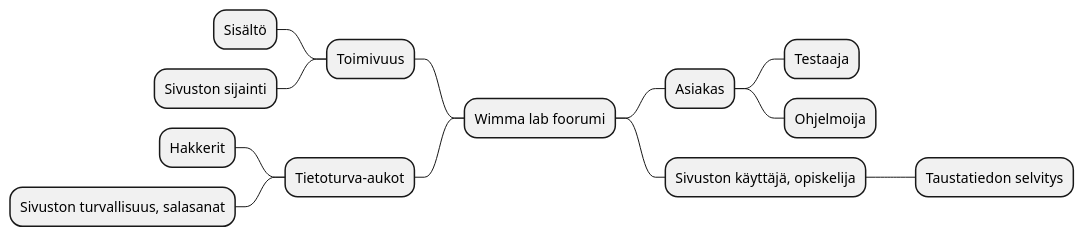
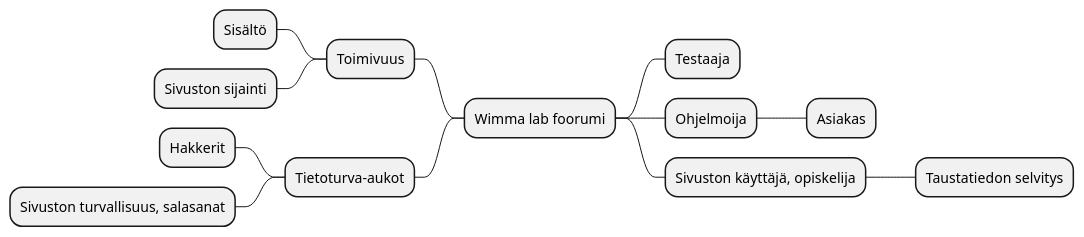
The first of 5 diagrams in dokumentit/20-Vaatimustenhallinta/vaatimusmaaritely-tiivis.md (Pipe80/Projekti-ja-k-yt-neteet-kurssi), drawn with PlantUML before and after one commit.

````diff
--- a/dokumentit/20-Vaatimustenhallinta/vaatimusmaaritely-tiivis.md
+++ b/dokumentit/20-Vaatimustenhallinta/vaatimusmaaritely-tiivis.md
@@ -23,16 +23,16 @@
 ```plantuml
 @startmindmap
 + Wimma lab foorumi
-++ Asiakas
-+++ Testaaja
-+++ Ohjelmoija
+++ Testaaja
+++ Ohjelmoija
++++ Asiakas
 ++ Sivuston käyttäjä, opiskelija
 +++ Taustatiedon selvitys
 -- Toimivuus
 --- Sisältö
 --- Sivuston sijainti
 -- Tietoturva-aukot
 --- Hakkerit
 --- Sivuston turvallisuus, salasanat
 @endmindmap
 ```
````
